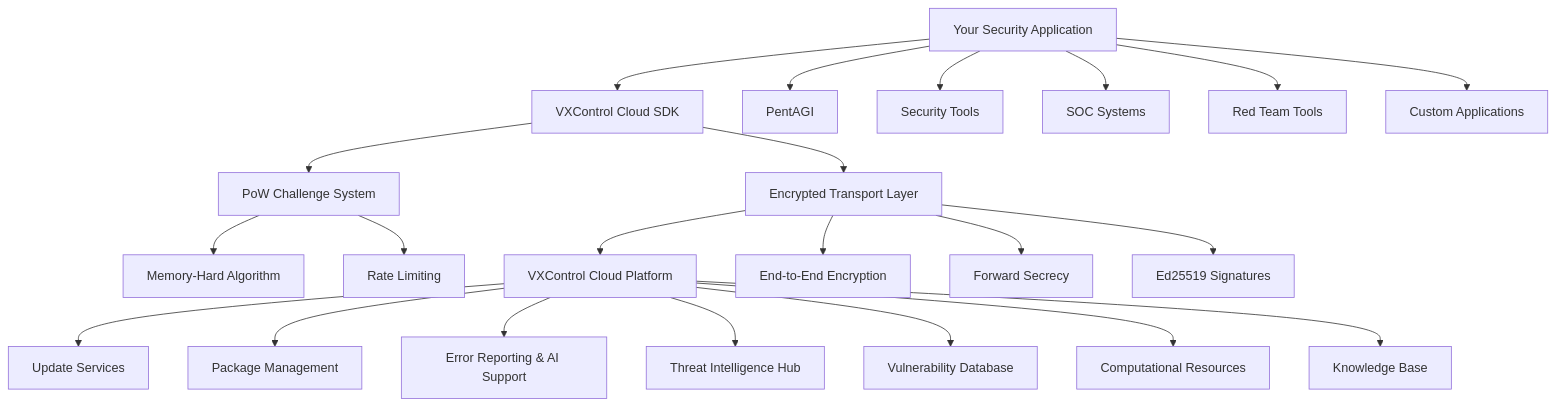
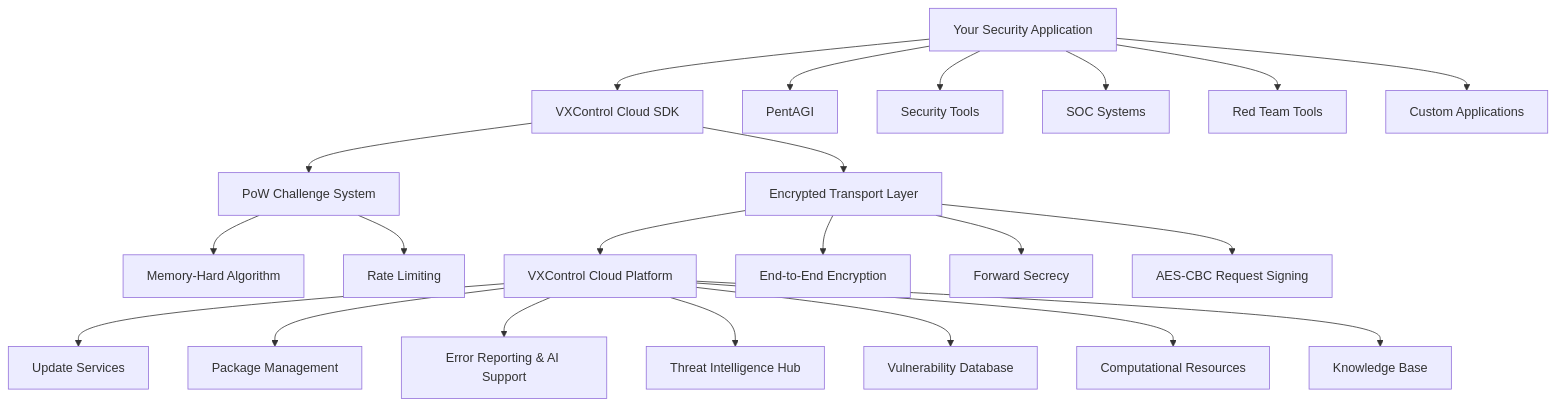
The diagram in README.md (vxcontrol/cloud), drawn with Mermaid before and after one commit. The commit also changed other lines of this file and 7 other files, not shown here.

````diff
--- a/README.md
+++ b/README.md
@@ -110,27 +113,27 @@
 ```mermaid
 graph TD
     A[Your Security Application] --> B[VXControl Cloud SDK]
     B --> C[PoW Challenge System]
     B --> D[Encrypted Transport Layer]
     D --> E[VXControl Cloud Platform]
 
     E --> F[Update Services]
     E --> G[Package Management]
     E --> H[Error Reporting & AI Support]
     E --> I[Threat Intelligence Hub]
     E --> J[Vulnerability Database]
     E --> K[Computational Resources]
     E --> L[Knowledge Base]
 
     A --> M[PentAGI]
     A --> N[Security Tools]
     A --> O[SOC Systems]
     A --> P[Red Team Tools]
     A --> Q[Custom Applications]
 
     C --> R[Memory-Hard Algorithm]
     C --> S[Rate Limiting]
     D --> T[End-to-End Encryption]
     D --> V[Forward Secrecy]
-    D --> X[Ed25519 Signatures]
+    D --> X[AES-CBC Request Signing]
 ```
````
